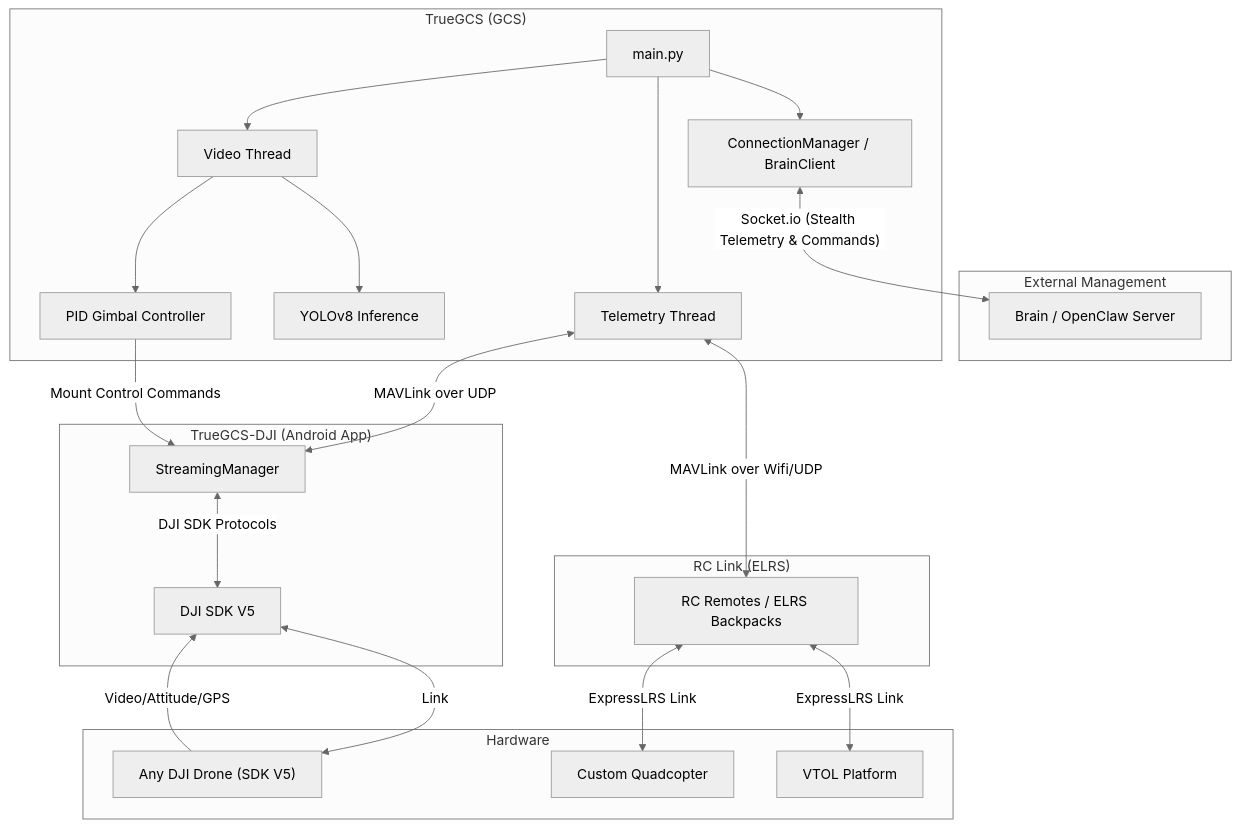
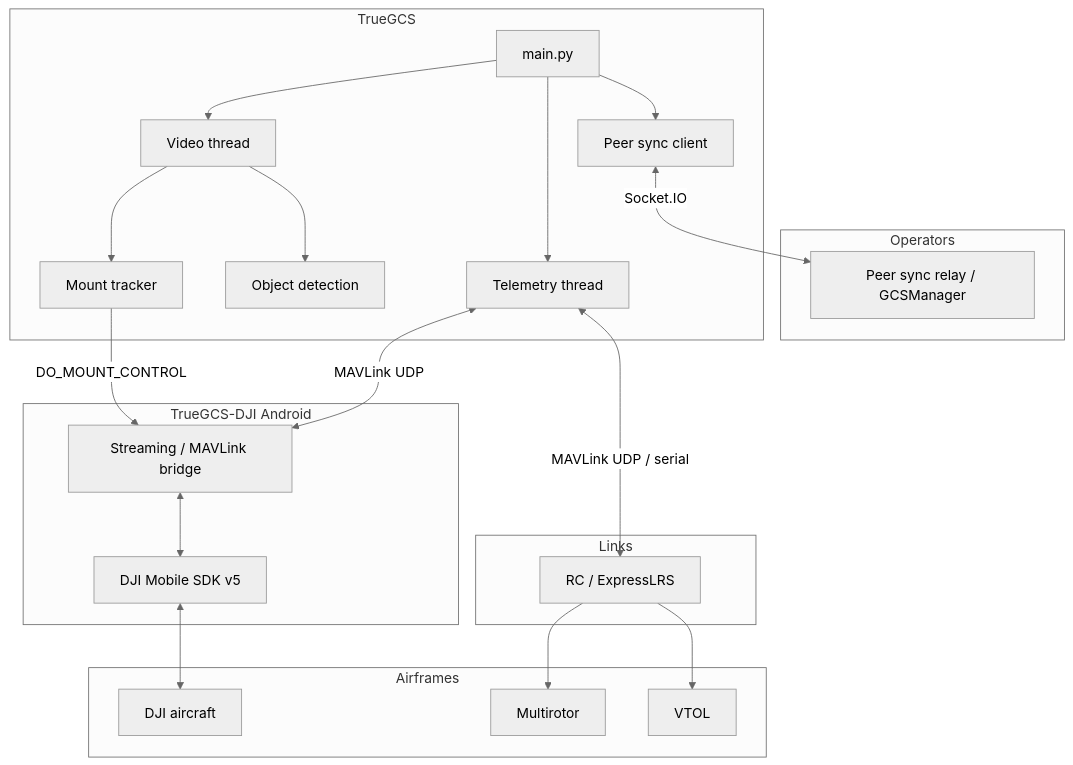
Before and after one commit to True2456/TrueGCS: the diagram in README.md, drawn with Mermaid (neutral theme). The commit also changed other lines of this file, not shown here.

Commit message:
Rewrite README in plain GCS terminology without marketing fluff.

````diff
--- a/README.md
+++ b/README.md
@@ -70,39 +58,42 @@
 ```mermaid
 graph TD
-    subgraph "External Management"
-        I["Brain / OpenClaw Server"]
+    subgraph Operators
+        PeerRelay["Peer sync relay / GCSManager"]
     end
 
-    subgraph "TrueGCS (GCS)"
-        A[main.py] --> B[Telemetry Thread]
-        A --> C[Video Thread]
-        A --> J["ConnectionManager / BrainClient"]
-        C --> D[YOLOv8 Inference]
-        C --> E[PID Gimbal Controller]
+    subgraph TrueGCS
+        Main[main.py]
+        Tel[Telemetry thread]
+        Vid[Video thread]
+        Peer[Peer sync client]
+        Main --> Tel
+        Main --> Vid
+        Main --> Peer
+        Vid --> Det[Object detection]
+        Vid --> Gimbal[Mount tracker]
     end
 
-    subgraph "RC Link (ELRS)"
-        K["RC Remotes / ELRS Backpacks"]
+    subgraph Links
+        ELRS["RC / ExpressLRS"]
     end
 
-    subgraph "TrueGCS-DJI (Android App)"
-        F[StreamingManager]
-        G["DJI SDK V5"]
+    subgraph TrueGCS_DJI["TrueGCS-DJI Android"]
+        Bridge[Streaming / MAVLink bridge]
+        SDK[DJI Mobile SDK v5]
     end
 
-    subgraph "Hardware"
-        H["Any DJI Drone (SDK V5)"]
-        L[Custom Quadcopter]
-        M[VTOL Platform]
+    subgraph Airframes
+        DJI[DJI aircraft]
+        Quad[Multirotor]
+        VTOL[VTOL]
     end
 
-    J <-- "Socket.io (Stealth Telemetry & Commands)" --> I
-    B <-- "MAVLink over UDP" --> F
-    B <-- "MAVLink over Wifi/UDP" --> K
-    K <-- "ExpressLRS Link" --> L
-    K <-- "ExpressLRS Link" --> M
-    E -- "Mount Control Commands" --> F
-    F <-- "DJI SDK Protocols" --> G
-    G <-- "Link" --> H
-    H -- "Video/Attitude/GPS" --> G
+    Peer <-->|Socket.IO| PeerRelay
+    Tel <-->|MAVLink UDP| Bridge
+    Tel <-->|MAVLink UDP / serial| ELRS
+    ELRS --> Quad
+    ELRS --> VTOL
+    Gimbal -->|DO_MOUNT_CONTROL| Bridge
+    Bridge <--> SDK
+    SDK <--> DJI
 ```
````
